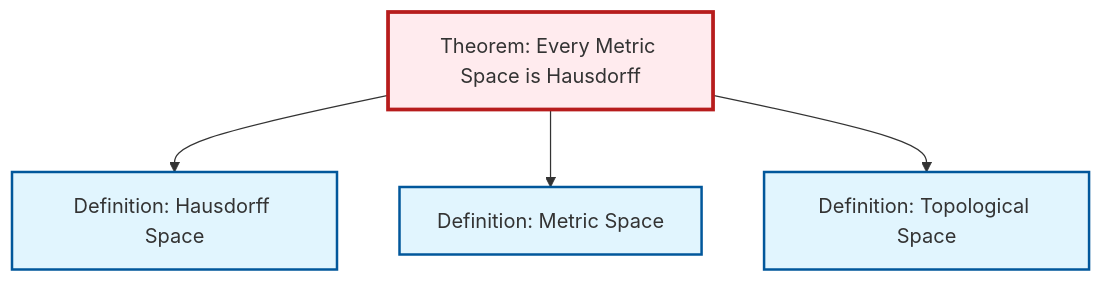
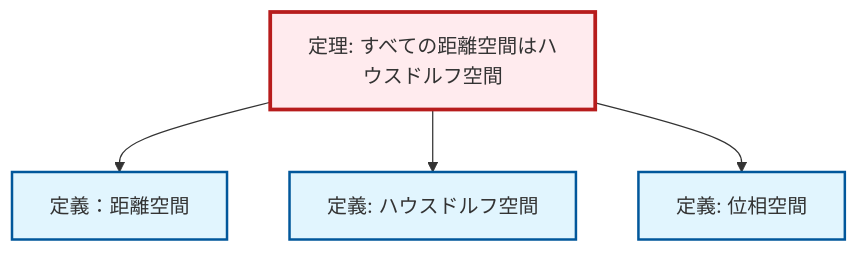
One commit to RK0429/ModernMath changed the diagram in content/ja/topology/thm-metric-hausdorff.qmd. Above: the diagram before and after it, drawn with Mermaid. The commit also changed 1069 other files, not shown here.

````diff
--- a/content/ja/topology/thm-metric-hausdorff.qmd
+++ b/content/ja/topology/thm-metric-hausdorff.qmd
@@ -64,20 +64,20 @@
 ```{mermaid}
 %%| fig-cap: "Local dependency graph"
 graph TD
     classDef definition fill:#e1f5fe,stroke:#01579b,stroke-width:2px
     classDef theorem fill:#f3e5f5,stroke:#4a148c,stroke-width:2px
     classDef axiom fill:#fff3e0,stroke:#e65100,stroke-width:2px
     classDef example fill:#e8f5e9,stroke:#1b5e20,stroke-width:2px
     classDef current fill:#ffebee,stroke:#b71c1c,stroke-width:3px
-    def-metric-space["Definition: Metric Space"]:::definition
-    def-hausdorff["Definition: Hausdorff Space"]:::definition
-    thm-metric-hausdorff["Theorem: Every Metric Space is Hausdorff"]:::theorem
-    def-topological-space["Definition: Topological Space"]:::definition
+    def-topological-space["定義: 位相空間"]:::definition
+    thm-metric-hausdorff["定理: すべての距離空間はハウスドルフ空間"]:::theorem
+    def-hausdorff["定義: ハウスドルフ空間"]:::definition
+    def-metric-space["定義：距離空間"]:::definition
+    thm-metric-hausdorff --> def-metric-space
     thm-metric-hausdorff --> def-hausdorff
-    thm-metric-hausdorff --> def-metric-space
     thm-metric-hausdorff --> def-topological-space
     class thm-metric-hausdorff current
-    click def-metric-space "def-metric-space.html" "Definition: Metric Spaceへ"
-    click def-hausdorff "def-hausdorff.html" "Definition: Hausdorff Spaceへ"
-    click def-topological-space "def-topological-space.html" "Definition: Topological Spaceへ"
+    click def-topological-space "def-topological-space.html" "位相空間の定義へ"
+    click def-hausdorff "def-hausdorff.html" "ハウスドルフ空間の定義へ"
+    click def-metric-space "def-metric-space.html" "定義：距離空間へ"
 ```
````
